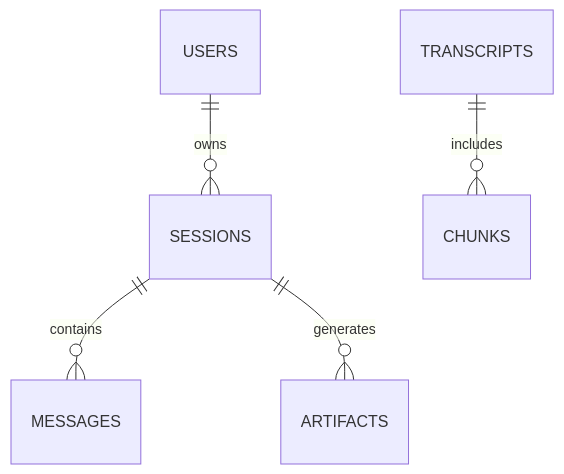
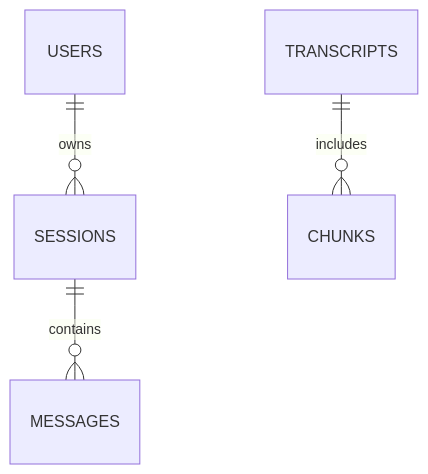
The diagram in architecture/architecture.md (dhanush106/lenny-lens), drawn with Mermaid before and after one commit. The commit also changed other lines of this file and 72 other files, not shown here.

````diff
--- a/architecture/architecture.md
+++ b/architecture/architecture.md
@@ -303,7 +311,6 @@
 ```mermaid
 erDiagram
     USERS ||--o{ SESSIONS : owns
     SESSIONS ||--o{ MESSAGES : contains
-    SESSIONS ||--o{ ARTIFACTS : generates
     TRANSCRIPTS ||--o{ CHUNKS : includes
 ```
````
